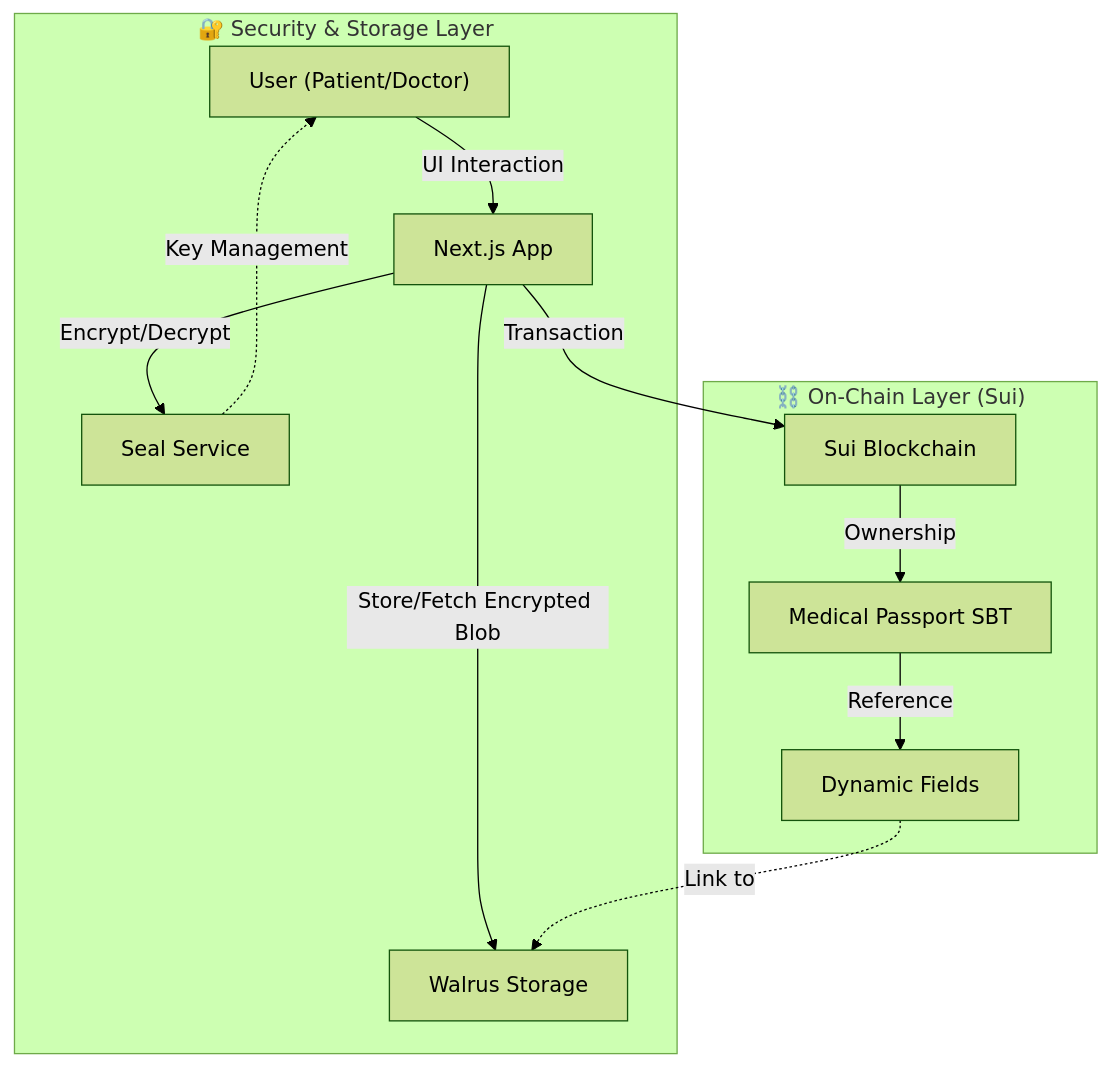
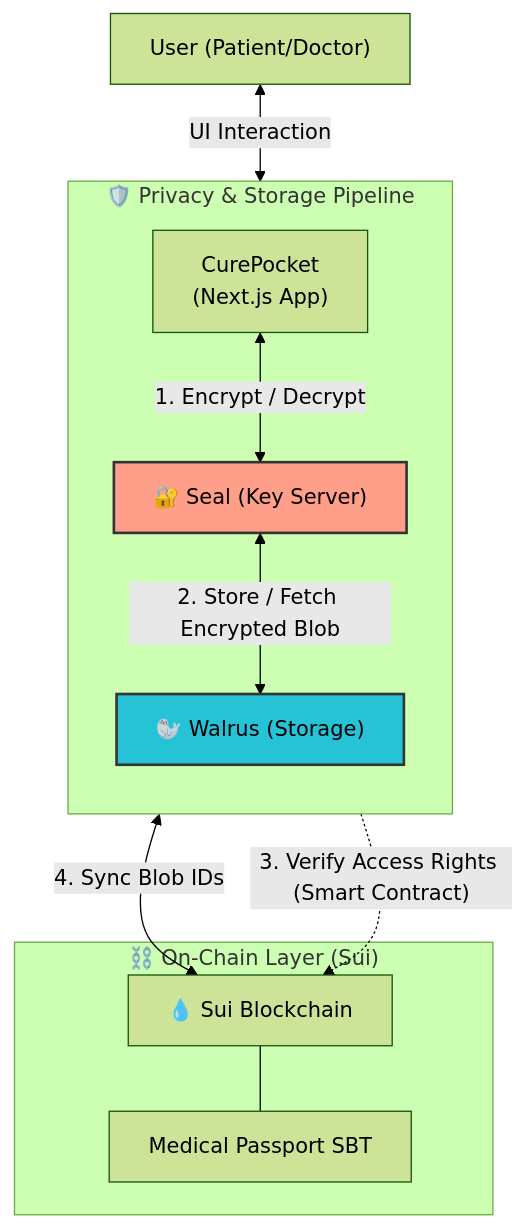
The diagram in README.md (UnagiLabs/cure_pocket), drawn with Mermaid (forest theme) before and after one commit.

Commit message:
[docs] READMEのマーメイドチャートを更新

`````diff
--- a/README.md
+++ b/README.md
@@ -82,17 +82,22 @@
 ```mermaid
 graph TD
-    User["User (Patient/Doctor)"] -->|UI Interaction| Frontend["Next.js App"]
-    
-    subgraph "🔐 Security & Storage Layer"
-        Frontend -->|Encrypt/Decrypt| Seal["Seal Service"]
-        Frontend -->|Store/Fetch Encrypted Blob| Walrus["Walrus Storage"]
-        Seal -.->|Key Management| User
+    User["User (Patient/Doctor)"] <-->|UI Interaction| Frontend["CurePocket<br>(Next.js App)"]
+
+    subgraph "🛡️ Privacy & Storage Pipeline"
+        direction TB
+        Frontend <-->|"1. Encrypt / Decrypt"| Seal["🔐 Seal (Key Server)"]
+        Seal <-->|"2. Store / Fetch Encrypted Blob"| Walrus["🦭 Walrus (Storage)"]
     end
 
     subgraph "⛓️ On-Chain Layer (Sui)"
-        Frontend -->|Transaction| Sui["Sui Blockchain"]
-        Sui -->|Ownership| SBT["Medical Passport SBT"]
-        SBT -->|Reference| DF["Dynamic Fields"]
-        DF -.->|Link to| Walrus
+        Frontend <-->|"4. Sync Blob IDs"| Sui["💧 Sui Blockchain"]
+        Sui --- SBT["Medical Passport SBT"]
     end
+
+    %% Access Control Flow
+    Seal -.->|"3. Verify Access Rights (Smart Contract)"| Sui
+
+    %% Styling
+    style Seal fill:#ff9f89,stroke:#333,stroke-width:2px,color:black
+    style Walrus fill:#26c2d6,stroke:#333,stroke-width:2px,color:black
 ````
`````
